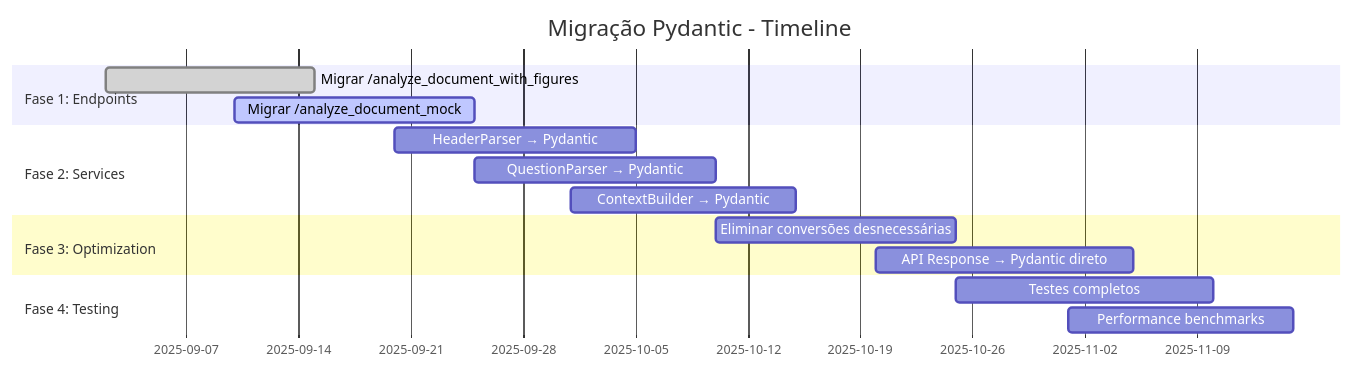
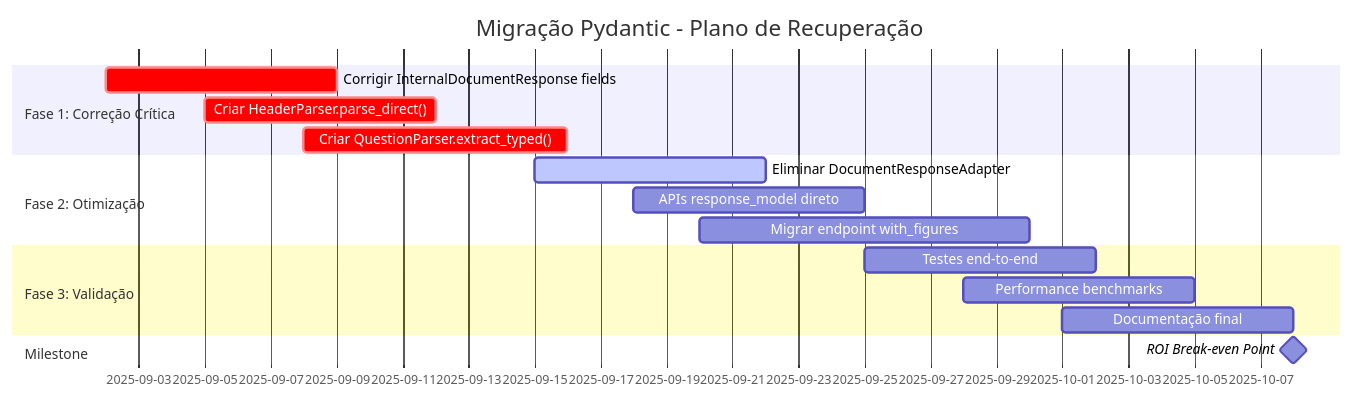
One commit to Bergami/CriEduc.SmartQuest changed the sixth of 9 diagrams in docs/pydantic_vs_dict_visual_flows.md. Above: the diagram before and after it, drawn with Mermaid. The commit also changed other lines of this file and 2 other files, not shown here.

First line of the commit message:
Atualiza documentação sobre migração Pydantic vs Dict

````diff
--- a/docs/pydantic_vs_dict_visual_flows.md
+++ b/docs/pydantic_vs_dict_visual_flows.md
@@ -239,18 +245,19 @@
 ```mermaid
 gantt
-    title Migração Pydantic - Timeline
+    title Migração Pydantic - Plano de Recuperação
     dateFormat YYYY-MM-DD
-    section Fase 1: Endpoints
-    Migrar /analyze_document_with_figures    :done, a1, 2025-09-02, 2025-09-15
-    Migrar /analyze_document_mock           :active, a2, 2025-09-10, 2025-09-25
-    section Fase 2: Services
-    HeaderParser → Pydantic                :a3, 2025-09-20, 2025-10-05
-    QuestionParser → Pydantic              :a4, 2025-09-25, 2025-10-10
-    ContextBuilder → Pydantic              :a5, 2025-10-01, 2025-10-15
-    section Fase 3: Optimization
-    Eliminar conversões desnecessárias      :a6, 2025-10-10, 2025-10-25
-    API Response → Pydantic direto          :a7, 2025-10-20, 2025-11-05
-    section Fase 4: Testing
-    Testes completos                       :a8, 2025-10-25, 2025-11-10
-    Performance benchmarks                  :a9, 2025-11-01, 2025-11-15
+    section Fase 1: Correção Crítica
+    Corrigir InternalDocumentResponse fields   :crit, a1, 2025-09-02, 2025-09-09
+    Criar HeaderParser.parse_direct()         :crit, a2, 2025-09-05, 2025-09-12
+    Criar QuestionParser.extract_typed()      :crit, a3, 2025-09-08, 2025-09-16
+    section Fase 2: Otimização
+    Eliminar DocumentResponseAdapter          :active, b1, 2025-09-15, 2025-09-22
+    APIs response_model direto                :b2, 2025-09-18, 2025-09-25
+    Migrar endpoint with_figures              :b3, 2025-09-20, 2025-09-30
+    section Fase 3: Validação
+    Testes end-to-end                        :c1, 2025-09-25, 2025-10-02
+    Performance benchmarks                   :c2, 2025-09-28, 2025-10-05
+    Documentação final                       :c3, 2025-10-01, 2025-10-08
+    section Milestone
+    ROI Break-even Point                     :milestone, m1, 2025-10-08, 0d
 ```
````
